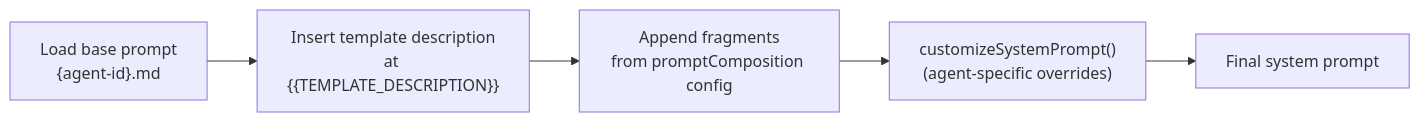
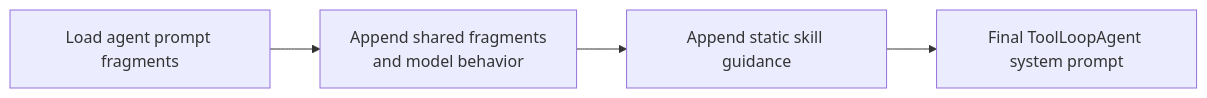
One commit to hsharif-godaddy/hackathon2026 changed the seventh of 9 diagrams in docs/ai-system-architecture.md. Above: the diagram before and after it, drawn with Mermaid. The commit also changed other lines of this file and 8 other files, not shown here.

````diff
--- a/docs/ai-system-architecture.md
+++ b/docs/ai-system-architecture.md
@@ -327,7 +327,6 @@
 ```mermaid
 flowchart LR
-    Base["Load base prompt<br/>{agent-id}.md"] --> Template["Insert template description<br/>at {{TEMPLATE_DESCRIPTION}}"]
-    Template --> Fragments["Append fragments<br/>from promptComposition config"]
-    Fragments --> Customize["customizeSystemPrompt()<br/>(agent-specific overrides)"]
-    Customize --> Final["Final system prompt"]
+    Base["Load agent prompt fragments"] --> Shared["Append shared fragments<br/>and model behavior"]
+    Shared --> Skills["Append static skill guidance"]
+    Skills --> Final["Final ToolLoopAgent system prompt"]
 ```
````
